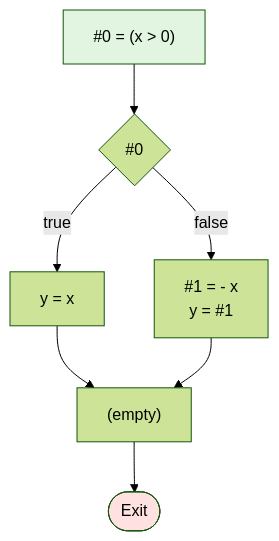
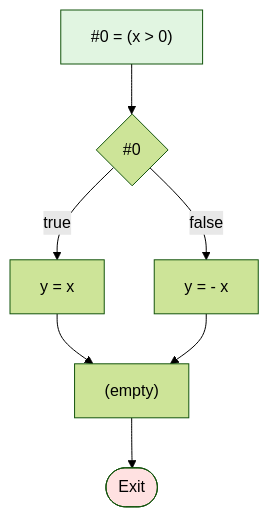
Before and after one commit to cny123222/Control-Flow-Graph-Generation-for-WhileD-Language: the diagram in mermaid_outputs/test2_if_else.md, drawn with Mermaid (forest theme). The commit also changed other lines of this file and 5 other files, not shown here.

````diff
--- a/mermaid_outputs/test2_if_else.md
+++ b/mermaid_outputs/test2_if_else.md
@@ -7,18 +7,18 @@
 ```mermaid
 flowchart TD
     B0["#0 = (x > 0)"]
     C0{#0}
     B1["y = x"]
-    B2["#1 = - x<br/>y = #1"]
+    B2["y = - x"]
     B3["(empty)"]
 
     B0 --> C0
     C0 -->|false| B2
     C0 -->|true| B1
     B1 --> B3
     B2 --> B3
     B3 --> Exit([Exit])
 
     style B0 fill:#e1f5e1
     style Exit fill:#ffe1e1
 ```
````
